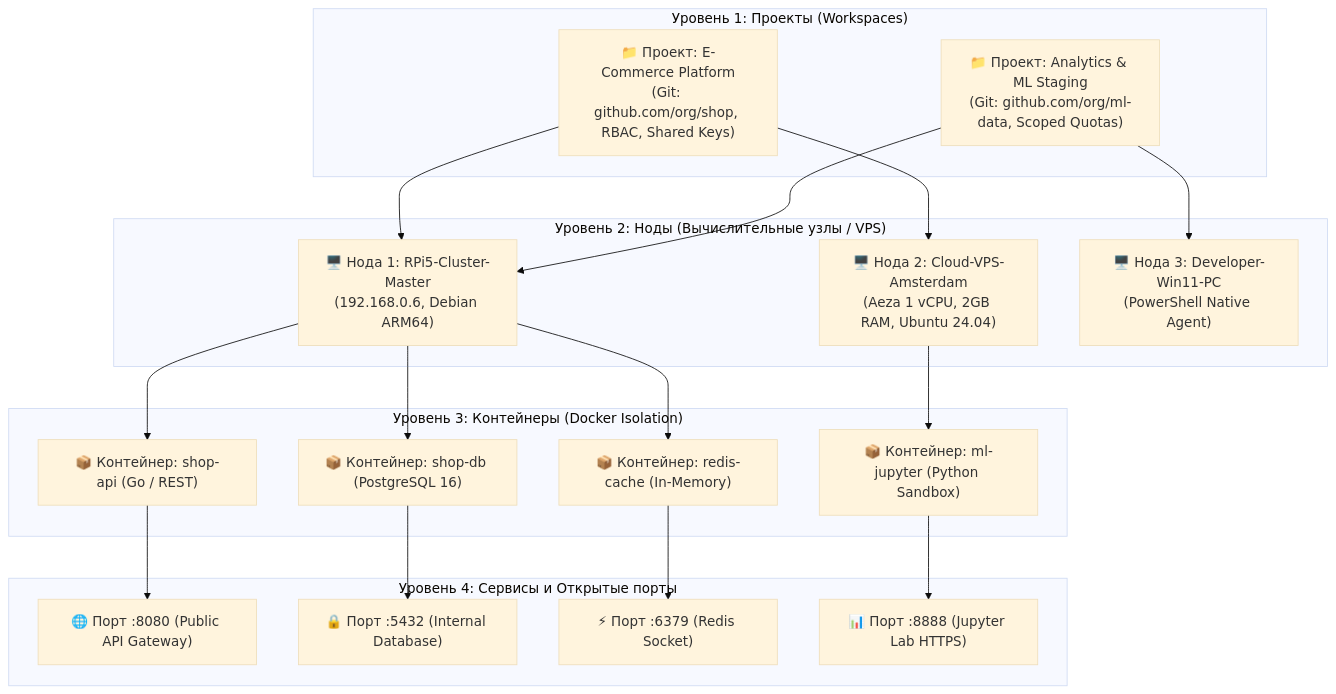
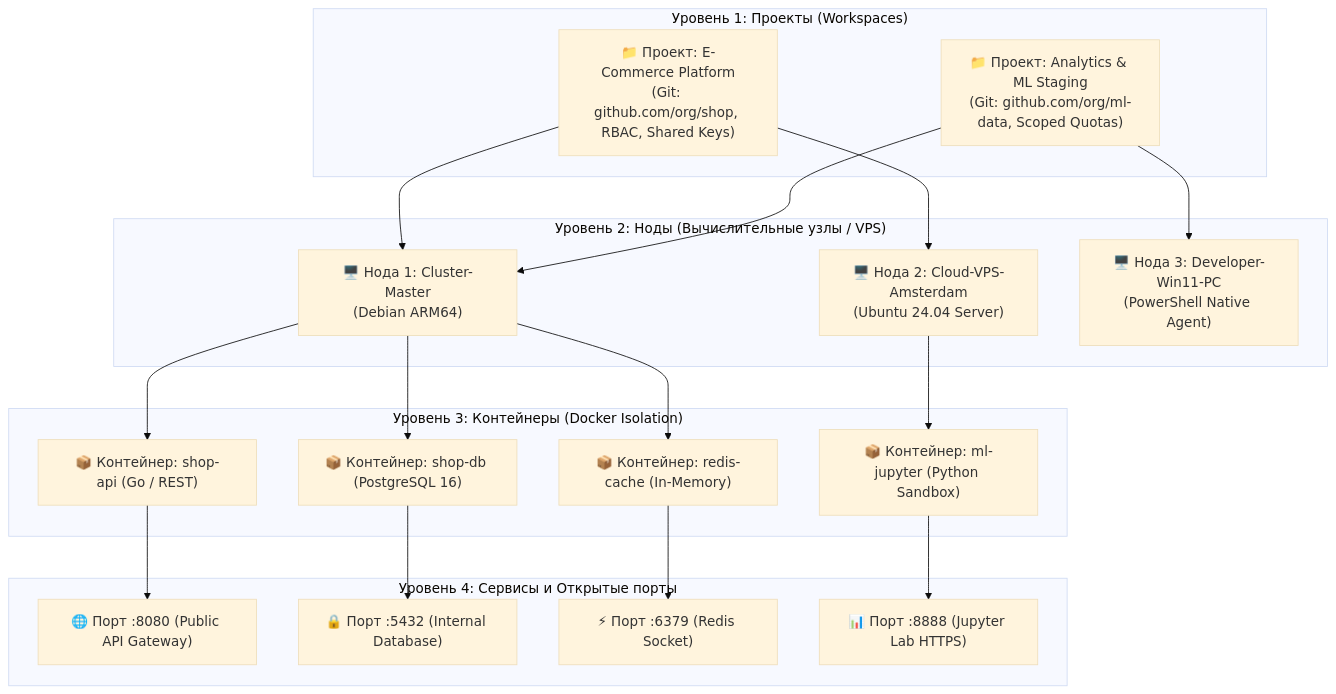
Before and after one commit to Gakuzi/tterm-web: the first of 4 diagrams in docs/TTERM_EVOLUTION_REPORT.md, drawn with Mermaid (base theme). The commit also changed other lines of this file and 12 other files, not shown here.

````diff
--- a/docs/TTERM_EVOLUTION_REPORT.md
+++ b/docs/TTERM_EVOLUTION_REPORT.md
@@ -60,42 +60,42 @@
 ```mermaid
 graph TD
     subgraph L1["Уровень 1: Проекты (Workspaces)"]
         P1["📁 Проект: E-Commerce Platform<br/>(Git: github.com/org/shop, RBAC, Shared Keys)"]
         P2["📁 Проект: Analytics & ML Staging<br/>(Git: github.com/org/ml-data, Scoped Quotas)"]
     end
 
     subgraph L2["Уровень 2: Ноды (Вычислительные узлы / VPS)"]
-        N1["🖥️ Нода 1: RPi5-Cluster-Master<br/>(192.168.0.6, Debian ARM64)"]
-        N2["🖥️ Нода 2: Cloud-VPS-Amsterdam<br/>(Aeza 1 vCPU, 2GB RAM, Ubuntu 24.04)"]
+        N1["🖥️ Нода 1: Cluster-Master<br/>(Debian ARM64)"]
+        N2["🖥️ Нода 2: Cloud-VPS-Amsterdam<br/>(Ubuntu 24.04 Server)"]
         N3["🖥️ Нода 3: Developer-Win11-PC<br/>(PowerShell Native Agent)"]
     end
 
     subgraph L3["Уровень 3: Контейнеры (Docker Isolation)"]
         C1["📦 Контейнер: shop-api (Go / REST)"]
         C2["📦 Контейнер: shop-db (PostgreSQL 16)"]
         C3["📦 Контейнер: redis-cache (In-Memory)"]
         C4["📦 Контейнер: ml-jupyter (Python Sandbox)"]
     end
 
     subgraph L4["Уровень 4: Сервисы и Открытые порты"]
         S1["🌐 Порт :8080 (Public API Gateway)"]
         S2["🔒 Порт :5432 (Internal Database)"]
         S3["⚡ Порт :6379 (Redis Socket)"]
         S4["📊 Порт :8888 (Jupyter Lab HTTPS)"]
     end
 
     P1 --> N1
     P1 --> N2
     P2 --> N1
     P2 --> N3
 
     N1 --> C1
     N1 --> C2
     N1 --> C3
     N2 --> C4
 
     C1 --> S1
     C2 --> S2
     C3 --> S3
     C4 --> S4
 ```
````
